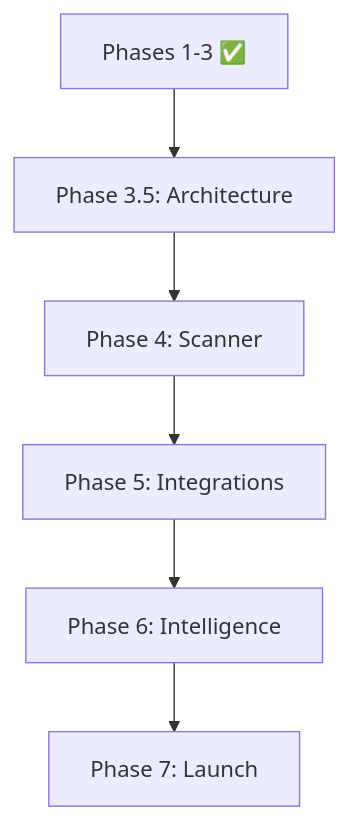
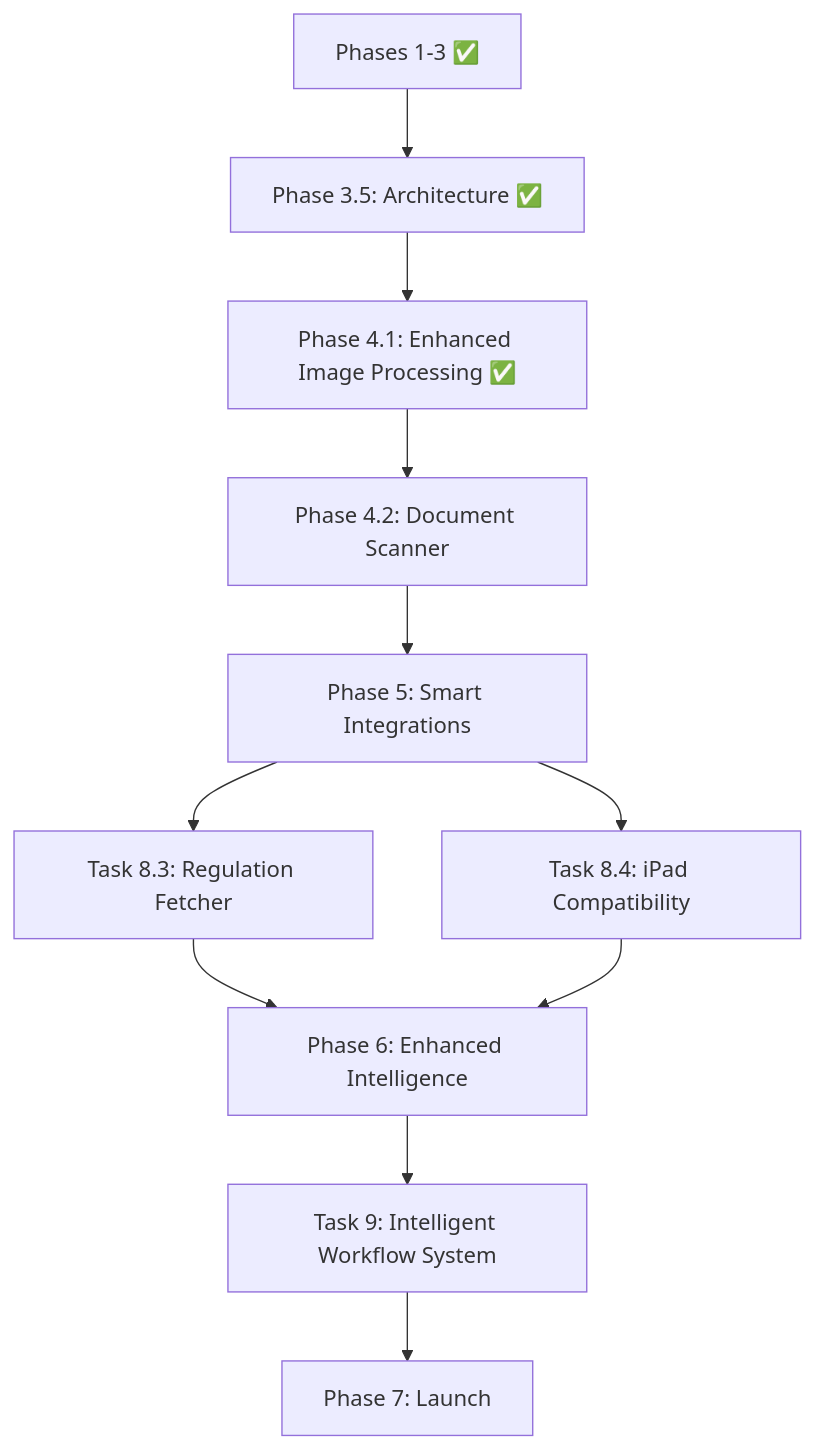
Before and after one commit to JoshMcDev/AIKO-IOS: the diagram in Project_Tasks.md, drawn with Mermaid. The commit also changed other lines of this file and 473 other files, not shown here.

First line of the commit message:
Fix EnhancedAPIKeyManager Task closure data races

````diff
--- a/Project_Tasks.md
+++ b/Project_Tasks.md
@@ -384,8 +478,13 @@
 ```mermaid
 graph TD
-    A[Phases 1-3 ✅] --> B[Phase 3.5: Architecture]
-    B --> C[Phase 4: Scanner]
-    C --> D[Phase 5: Integrations]
-    D --> E[Phase 6: Intelligence]
-    E --> F[Phase 7: Launch]
+    A[Phases 1-3 ✅] --> B[Phase 3.5: Architecture ✅]
+    B --> C[Phase 4.1: Enhanced Image Processing ✅]
+    C --> D[Phase 4.2: Document Scanner]
+    D --> E[Phase 5: Smart Integrations]
+    E --> F[Task 8.3: Regulation Fetcher]
+    E --> G[Task 8.4: iPad Compatibility]
+    F --> H[Phase 6: Enhanced Intelligence]
+    G --> H
+    H --> I[Task 9: Intelligent Workflow System]
+    I --> J[Phase 7: Launch]
 ```
````
